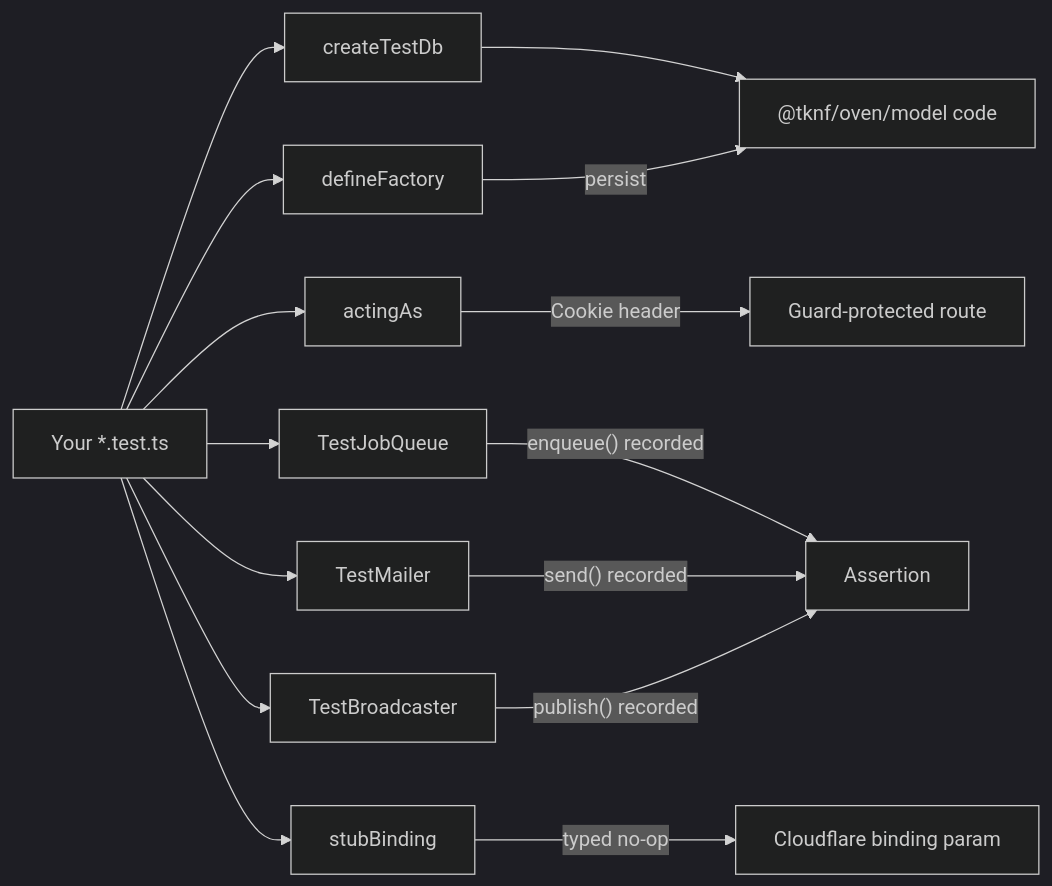
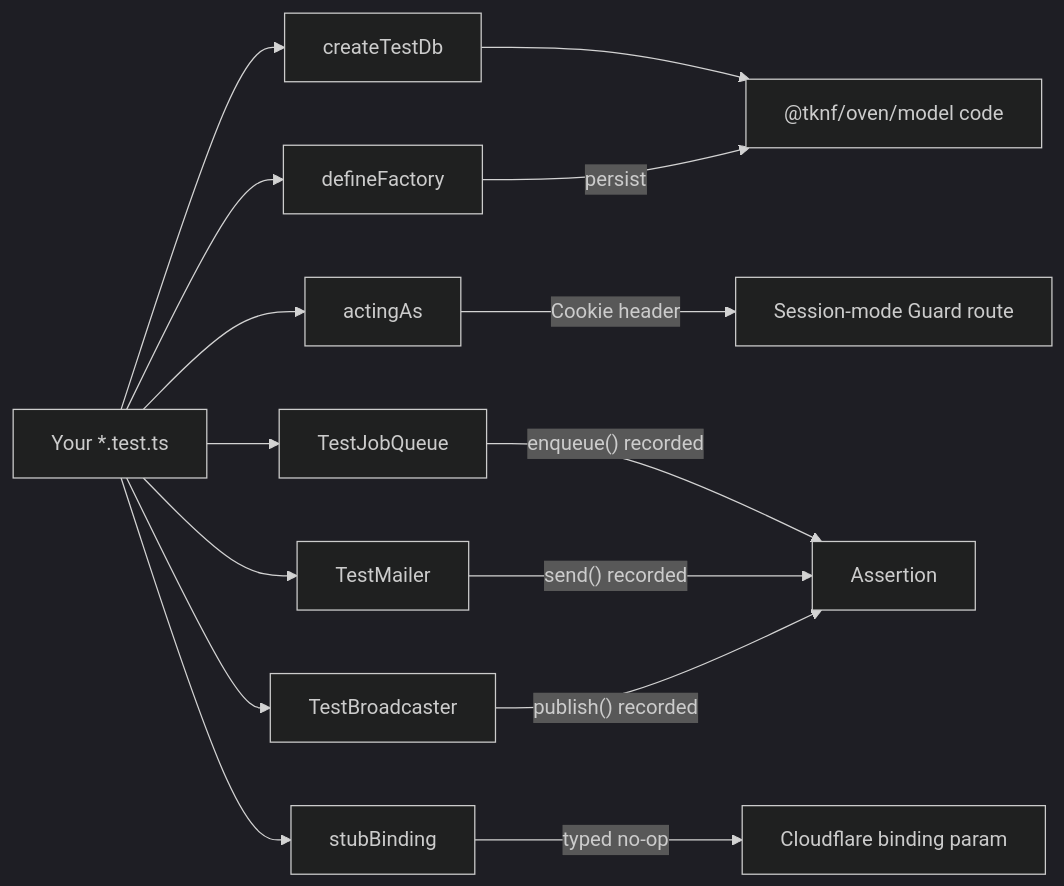
One commit to tknf/oven changed the diagram in docs/testing.md. Above: the diagram before and after it, drawn with Mermaid (dark theme). The commit also changed other lines of this file and 1 other file, not shown here.

First line of the commit message:
Clarify Guard modes in testing and session guides

````diff
--- a/docs/testing.md
+++ b/docs/testing.md
@@ -29,10 +29,10 @@
 ```mermaid
 flowchart LR
     Test["Your *.test.ts"] --> createTestDb --> Model["@tknf/oven/model code"]
     Test --> defineFactory -->|persist| Model
-    Test --> actingAs -->|Cookie header| Guard["Guard-protected route"]
+    Test --> actingAs -->|Cookie header| Guard["Session-mode Guard route"]
     Test --> TestJobQueue -->|"enqueue() recorded"| Assertion
     Test --> TestMailer -->|"send() recorded"| Assertion
     Test --> TestBroadcaster -->|"publish() recorded"| Assertion
     Test --> stubBinding -->|"typed no-op"| Binding["Cloudflare binding param"]
 ```
````
